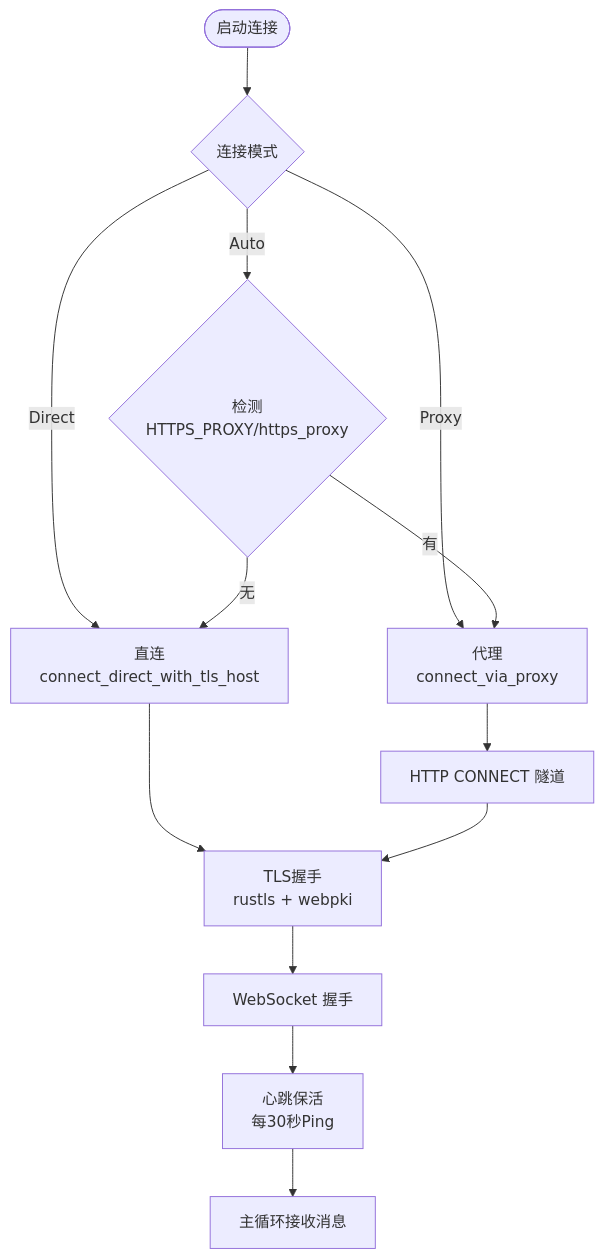
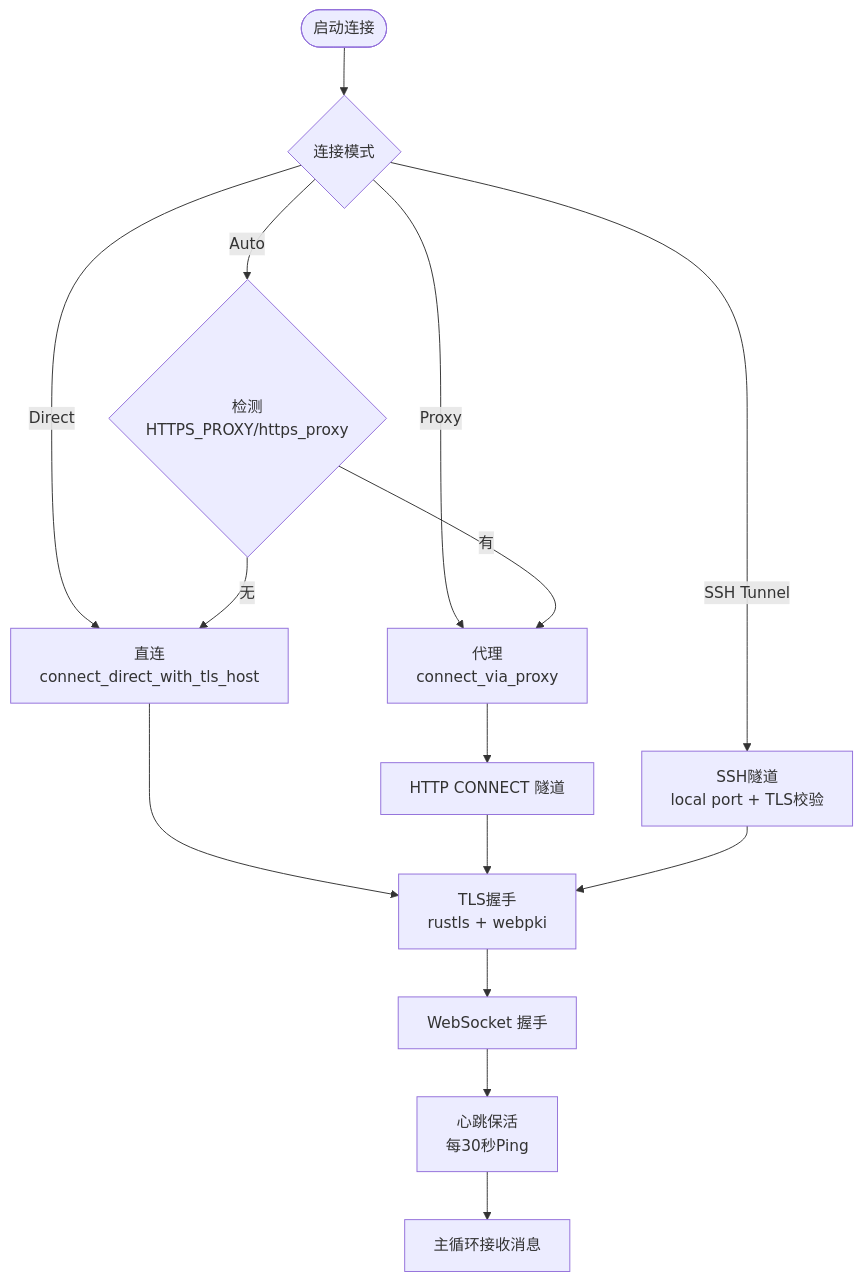
One commit to Heres1/binanceWebsocket changed the third of 6 diagrams in .qoder/repowiki/zh/content/部署运维/部署配置.md. Above: the diagram before and after it, drawn with Mermaid. The commit also changed other lines of this file and 14 other files, not shown here.

````diff
--- a/.qoder/repowiki/zh/content/部署运维/部署配置.md
+++ b/.qoder/repowiki/zh/content/部署运维/部署配置.md
@@ -114,15 +157,17 @@
 ```mermaid
 flowchart TD
 Start(["启动连接"]) --> Mode{"连接模式"}
 Mode --> |Direct| Direct["直连<br/>connect_direct_with_tls_host"]
 Mode --> |Proxy| Proxy["代理<br/>connect_via_proxy"]
 Mode --> |Auto| Detect{"检测HTTPS_PROXY/https_proxy"}
 Detect --> |有| Proxy
 Detect --> |无| Direct
+Mode --> |SSH Tunnel| SSHTunnel["SSH隧道<br/>local port + TLS校验"]
 Direct --> TLS["TLS握手<br/>rustls + webpki"]
 Proxy --> Tunnel["HTTP CONNECT 隧道"]
 Tunnel --> TLS
+SSHTunnel --> TLS
 TLS --> WS["WebSocket 握手"]
 WS --> Heartbeat["心跳保活<br/>每30秒Ping"]
 Heartbeat --> Run["主循环接收消息"]
 ```
````
